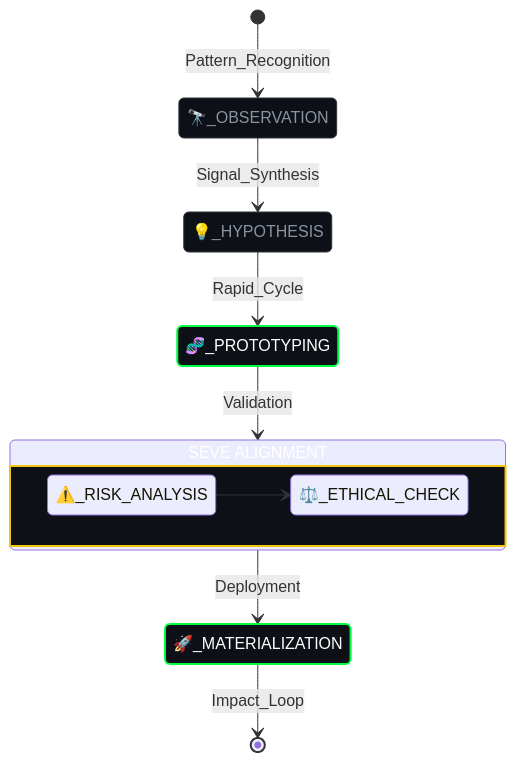
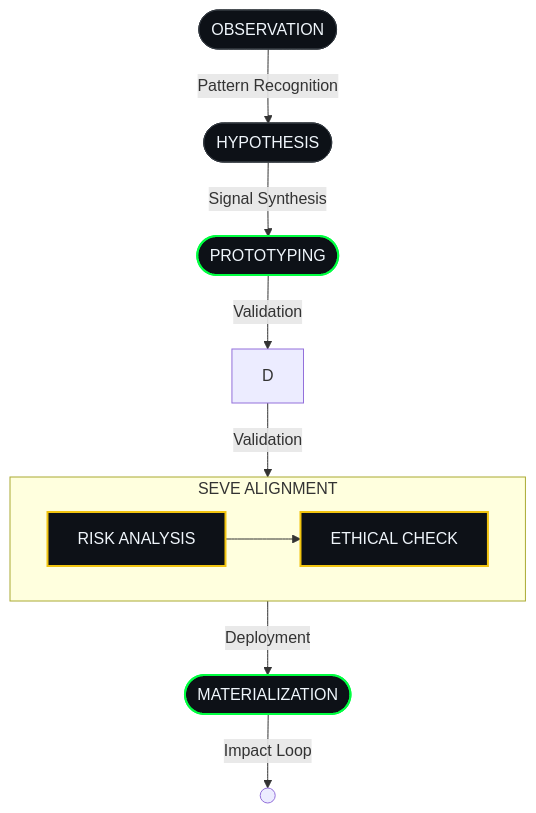
Before and after one commit to SH1W4/sh1w4: the diagram in README.md, drawn with Mermaid.

Commit message:
docs(profile): refine research methodology diagram

````diff
--- a/README.md
+++ b/README.md
@@ -131,19 +131,23 @@
 ```mermaid
-stateDiagram-v2
-    classDef space fill:#0d1117,stroke:#30363d,stroke-width:1px,color:#8b949e;
-    classDef active fill:#0d1117,stroke:#00ff41,stroke-width:2px,color:#fff;
-    classDef check fill:#0d1117,stroke:#f1c40f,stroke-width:2px,color:#fff;
+flowchart TD
+    A([OBSERVATION]) -->|Pattern Recognition| B([HYPOTHESIS])
+    B -->|Signal Synthesis| C([PROTOTYPING])
+    C -->|Validation| D
+
+    subgraph SEVE["SEVE ALIGNMENT"]
+        direction LR
+        E["RISK ANALYSIS"] --> F["ETHICAL CHECK"]
+    end
+
+    D -->|Validation| E
+    F -->|Deployment| G([MATERIALIZATION])
+    G -->|Impact Loop| H(( ))
     
-    [*] --> 🔭_OBSERVATION:::space : Pattern_Recognition
-    🔭_OBSERVATION --> 💡_HYPOTHESIS:::space : Signal_Synthesis
-    💡_HYPOTHESIS --> 🧬_PROTOTYPING:::active : Rapid_Cycle
+    classDef base fill:#0d1117,stroke:#30363d,stroke-width:1px,color:#f0f6fc;
+    classDef active fill:#0d1117,stroke:#00ff41,stroke-width:2px,color:#f0f6fc;
+    classDef gate fill:#0d1117,stroke:#f1c40f,stroke-width:2px,color:#f0f6fc;
     
-    state "SEVE ALIGNMENT" as GOV {
-        direction LR
-        ⚠️_RISK_ANALYSIS --> ⚖️_ETHICAL_CHECK
-    }
-    
-    🧬_PROTOTYPING --> GOV:::check : Validation
-    GOV --> 🚀_MATERIALIZATION:::active : Deployment
-    🚀_MATERIALIZATION --> [*] : Impact_Loop
+    class A,B base;
+    class C,G active;
+    class E,F gate;
 ```
````
